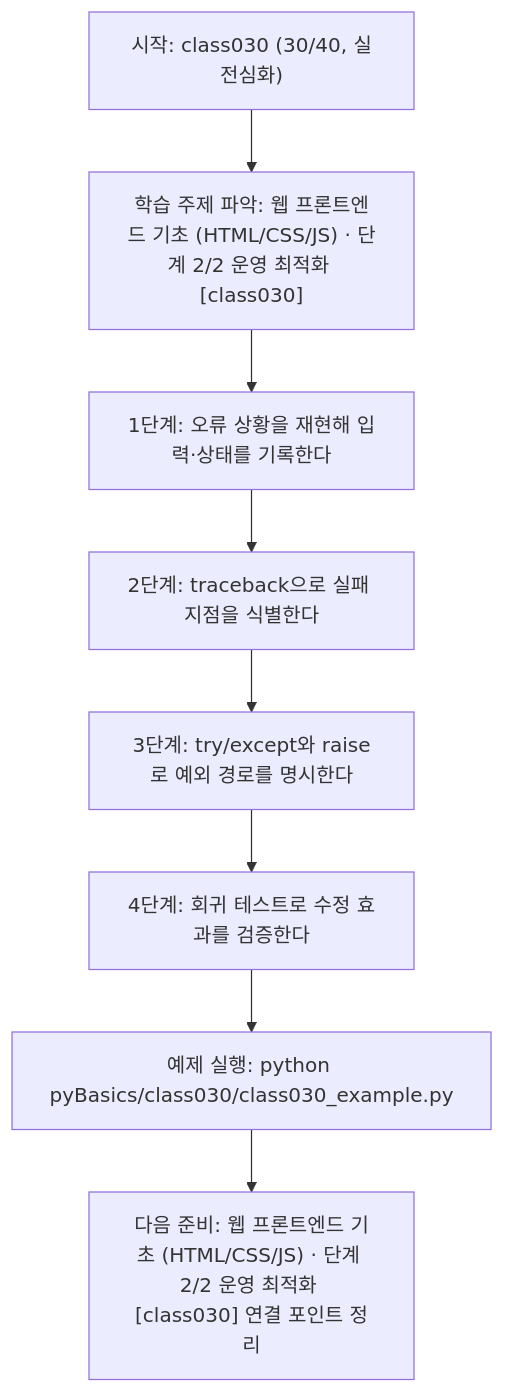
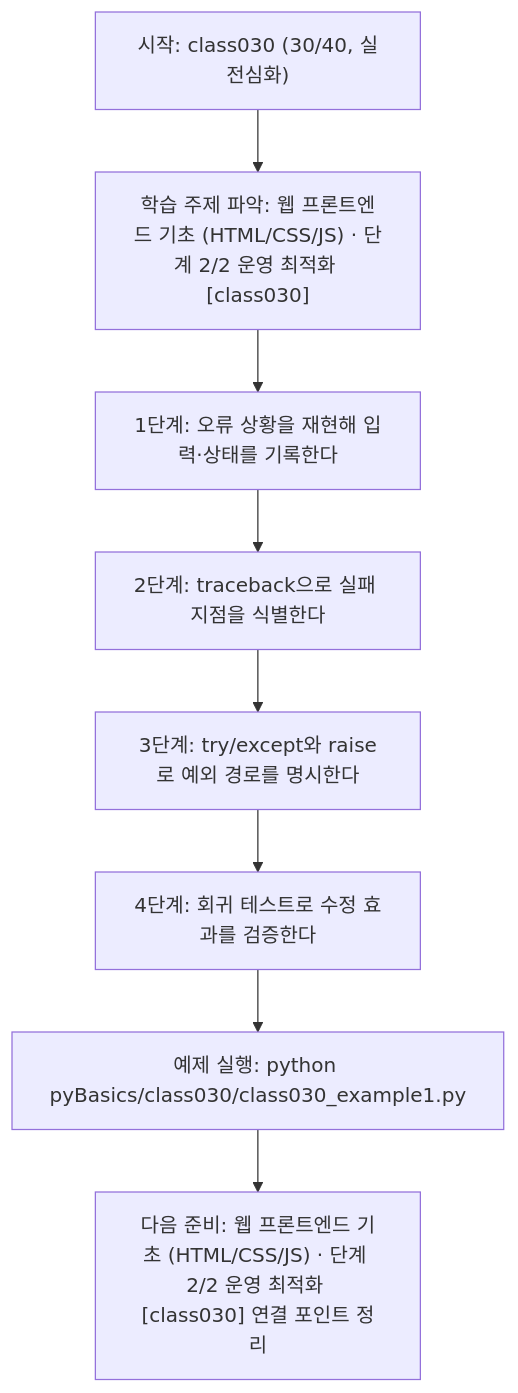
One commit to edumgt/Python-AI_Agent-Class changed the diagram in pyBasics/class030/class030.md. Above: the diagram before and after it, drawn with Mermaid. The commit also changed other lines of this file and 2959 other files, not shown here.

````diff
--- a/pyBasics/class030/class030.md
+++ b/pyBasics/class030/class030.md
@@ -108,18 +108,18 @@
 ```mermaid
 flowchart TD
 N1["시작: class030 (30/40, 실전심화)"]
 N2["학습 주제 파악: 웹 프론트엔드 기초 (HTML/CSS/JS) · 단계 2/2 운영 최적화 [class030]"]
 N3["1단계: 오류 상황을 재현해 입력·상태를 기록한다"]
 N4["2단계: traceback으로 실패 지점을 식별한다"]
 N5["3단계: try/except와 raise로 예외 경로를 명시한다"]
 N6["4단계: 회귀 테스트로 수정 효과를 검증한다"]
-N7["예제 실행: python pyBasics/class030/class030_example.py"]
+N7["예제 실행: python pyBasics/class030/class030_example1.py"]
 N8["다음 준비: 웹 프론트엔드 기초 (HTML/CSS/JS) · 단계 2/2 운영 최적화 [class030] 연결 포인트 정리"]
 N1 --> N2
 N2 --> N3
 N3 --> N4
 N4 --> N5
 N5 --> N6
 N6 --> N7
 N7 --> N8
 ```
````
